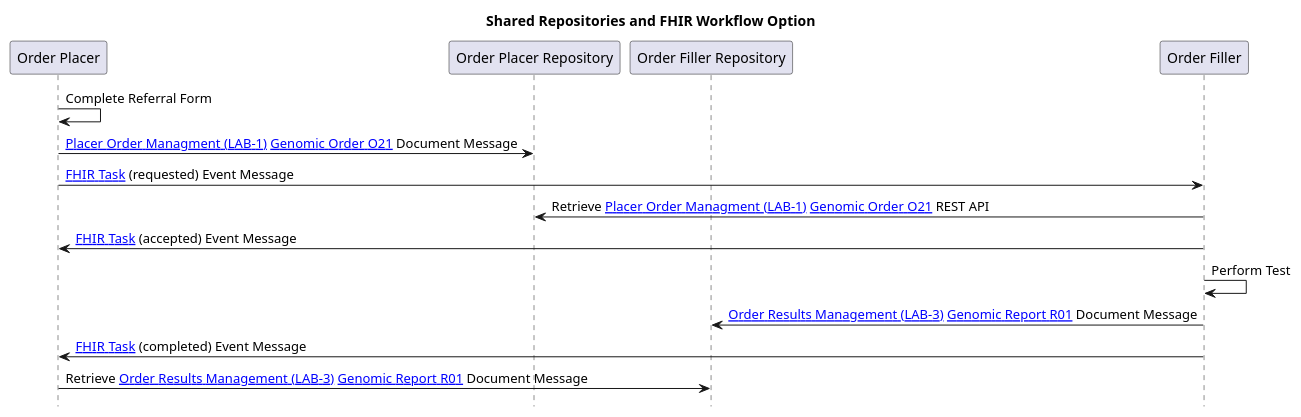
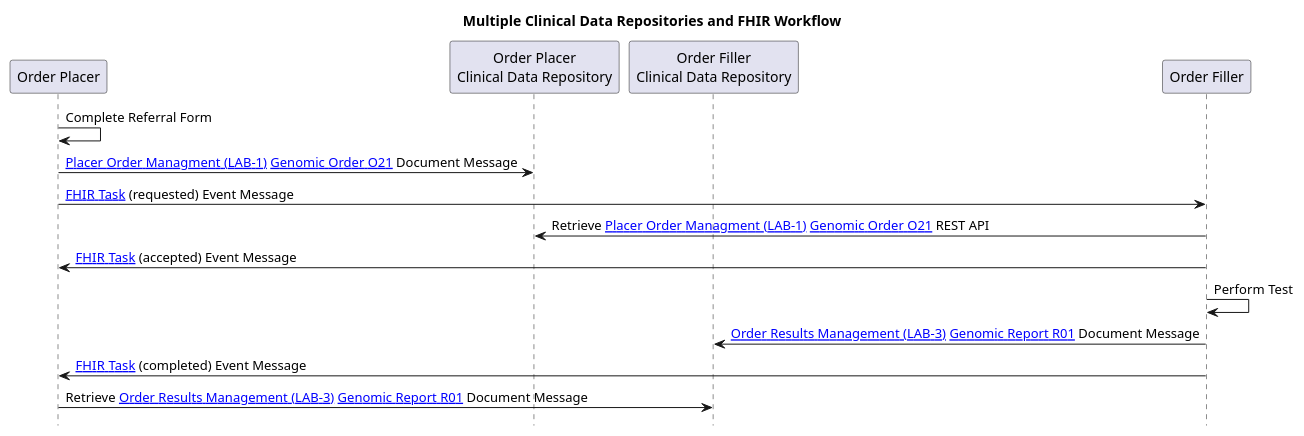
The diagram in input/images-source/LTW-fhir-sequence.plantuml (nw-gmsa/nw-gmsa.github.com), drawn with PlantUML before and after one commit. The commit also changed 1 other file, not shown here.

```diff
--- a/input/images-source/LTW-fhir-sequence.plantuml
+++ b/input/images-source/LTW-fhir-sequence.plantuml
@@ -1,28 +1,28 @@
 @startuml
 
 skinparam svgDimensionStyle false
 
-title "Shared Repositories and FHIR Workflow Option"
+title "Multiple Clinical Data Repositories and FHIR Workflow"
 
 hide footbox
 
 participant "Order Placer" as EPR
-participant "Order Placer Repository" as CDRO
-participant "Order Filler Repository" as CDRF
+participant "Order Placer\nClinical Data Repository" as CDRO
+participant "Order Filler\nClinical Data Repository" as CDRF
 participant "Order Filler" as LIMS
 
 
 EPR -> EPR: Complete Referral Form
 EPR -> CDRO: [[LAB-1.html Placer Order Managment (LAB-1)]] [[DDD-TestOrder.html Genomic Order O21]] Document Message
 EPR -> LIMS: [[StructureDefinition-Task.html FHIR Task]] (requested) Event Message
 LIMS -> CDRO: Retrieve [[LAB-1.html Placer Order Managment (LAB-1)]] [[DDD-TestOrder.html Genomic Order O21]] REST API
 LIMS -> EPR: [[StructureDefinition-Task.html FHIR Task]] (accepted) Event Message
 
 
 LIMS -> LIMS: Perform Test
 
 LIMS -> CDRF: [[LAB-3.html Order Results Management (LAB-3)]] [[DDD-TestReport.html Genomic Report R01]] Document Message
 LIMS -> EPR: [[StructureDefinition-Task.html FHIR Task]] (completed) Event Message
 EPR -> CDRF: Retrieve [[LAB-3.html Order Results Management (LAB-3)]] [[DDD-TestReport.html Genomic Report R01]] Document Message
 
 @enduml
```
